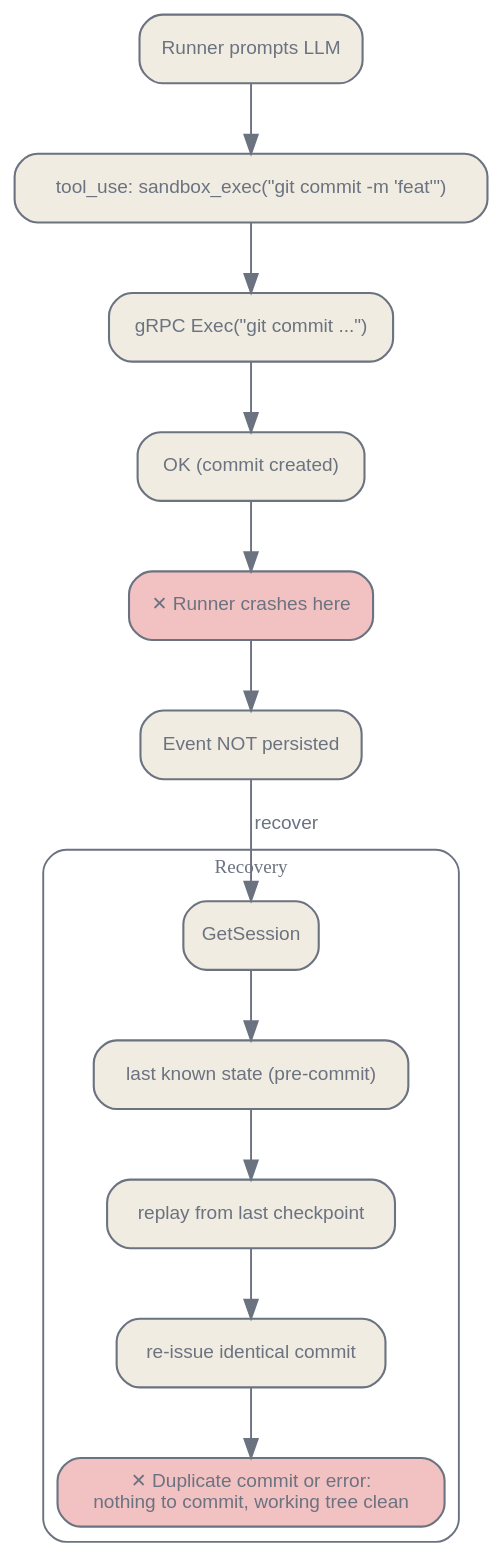
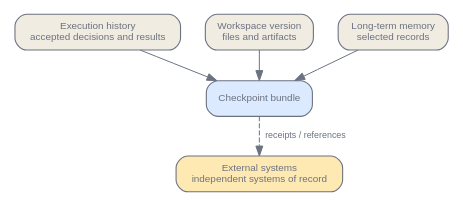
The first of 4 diagrams in en/orchestration/03-memory-systems.qmd (latere-ai/ai-as-an-infrastructure), drawn with Graphviz before and after one commit. The commit also changed other lines of this file and 4 other files, not shown here.

Commit message:
docs: rewrite memory systems

````diff
--- a/en/orchestration/03-memory-systems.qmd
+++ b/en/orchestration/03-memory-systems.qmd
@@ -22,36 +44,23 @@
 ```{dot}
-//| label: fig-memory-crash-replay
-//| fig-cap: "A crash between effect and persistence makes replay re-issue a non-idempotent commit, the intent-versus-result gap in its purest form."
+//| label: fig-memory-state-boundaries
+//| fig-cap: "Four state owners meet at a checkpoint. The journal, workspace, and memory store are controlled state; external systems remain separate systems of record."
 digraph {
     bgcolor="transparent";
     rankdir=TB;
-    nodesep=0.4; ranksep=0.5;
+    size="3.2,8.0";
+    nodesep=0.35; ranksep=0.42;
     node [shape=box, style="rounded,filled", fontname="Helvetica", fontsize=10, color="#6b7280", fontcolor="#6b7280", fillcolor="#f1ece1", penwidth=1.1];
-    edge [fontsize=10, fontname="Helvetica", color="#6b7280", fontcolor="#6b7280"];
+    edge [fontsize=9, fontname="Helvetica", color="#6b7280", fontcolor="#6b7280"];
 
-    prompt [label="Runner prompts LLM"];
-    tooluse [label="tool_use: sandbox_exec(\"git commit -m 'feat'\")"];
-    exec [label="gRPC Exec(\"git commit ...\")"];
-    ok [label="OK (commit created)"];
-    crash [label="✕ Runner crashes here", fillcolor="#f2c2c2"];
-    notpersist [label="Event NOT persisted"];
+    C [label="Checkpoint bundle", fillcolor="#dbeafe"];
+    J [label="Execution history\naccepted decisions and results"];
+    W [label="Workspace version\nfiles and artifacts"];
+    M [label="Long-term memory\nselected records"];
+    E [label="External systems\nindependent systems of record", fillcolor="#ffe9b3"];
 
-    prompt -> tooluse -> exec -> ok -> crash -> notpersist;
-
-    subgraph cluster_recovery {
-        label="Recovery";
-        style=rounded;
-        color="#6b7280";
-        fontcolor="#6b7280";
-        fontsize=10;
-        getsession [label="GetSession"];
-        laststate [label="last known state (pre-commit)"];
-        replay [label="replay from last checkpoint"];
-        reissue [label="re-issue identical commit"];
-        dup [label="✕ Duplicate commit or error:\nnothing to commit, working tree clean", fillcolor="#f2c2c2"];
-        getsession -> laststate -> replay -> reissue -> dup;
-    }
-
-    notpersist -> getsession [label="recover"];
+    J -> C;
+    W -> C;
+    M -> C;
+    C -> E [label="receipts / references", style=dashed];
 }
 ```
````
